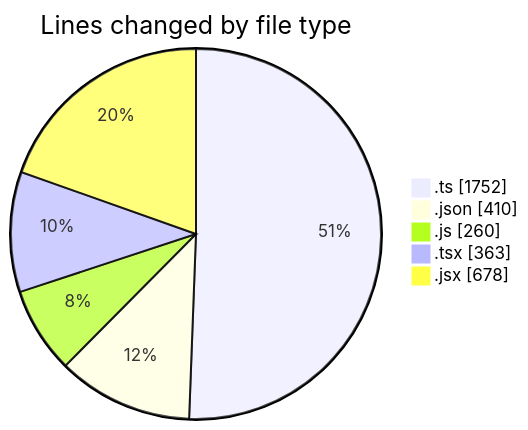
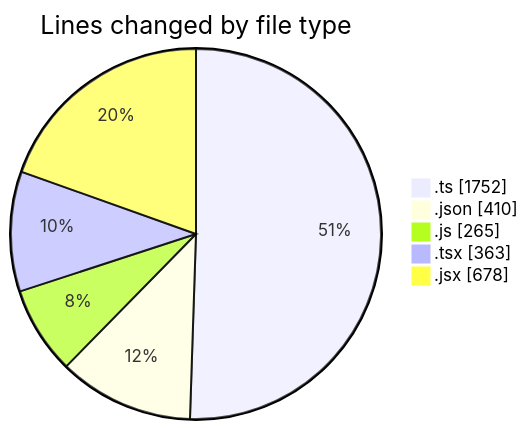
Before and after one commit to momahboobian/code-tracking: the first of 2 diagrams in 2025-10-29/cda/README.md, drawn with Mermaid. The commit also changed other lines of this file and 1 other file, not shown here.

````diff
--- a/2025-10-29/cda/README.md
+++ b/2025-10-29/cda/README.md
@@ -32,9 +32,9 @@
 ```mermaid
 pie showData
 title Lines changed by file type
 ".ts" : 1752
 ".json" : 410
-".js" : 260
+".js" : 265
 ".tsx" : 363
 ".jsx" : 678
 ```
````
